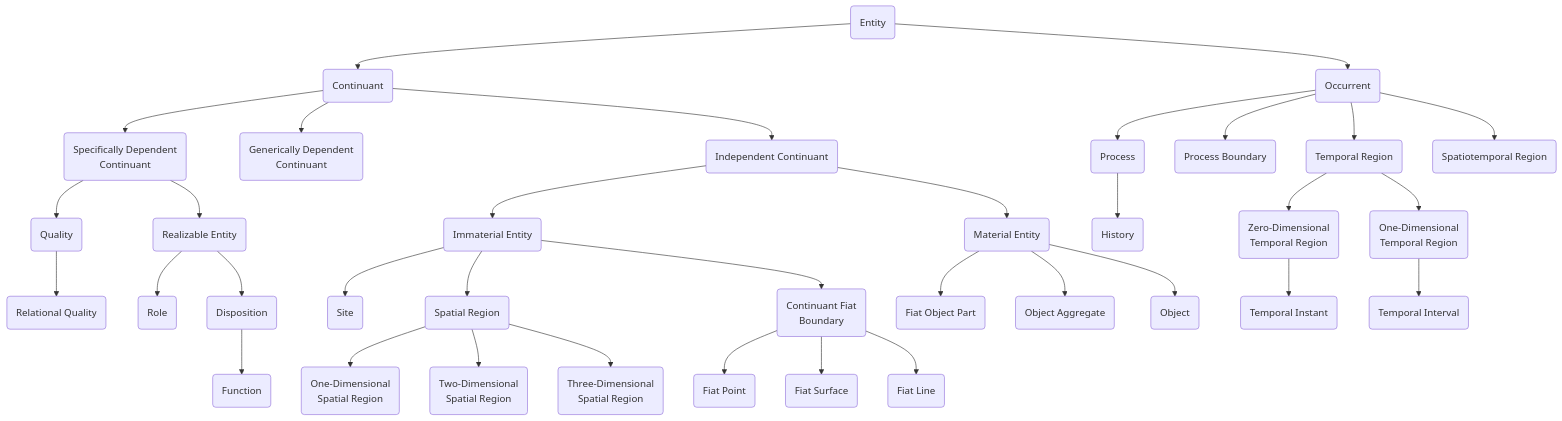
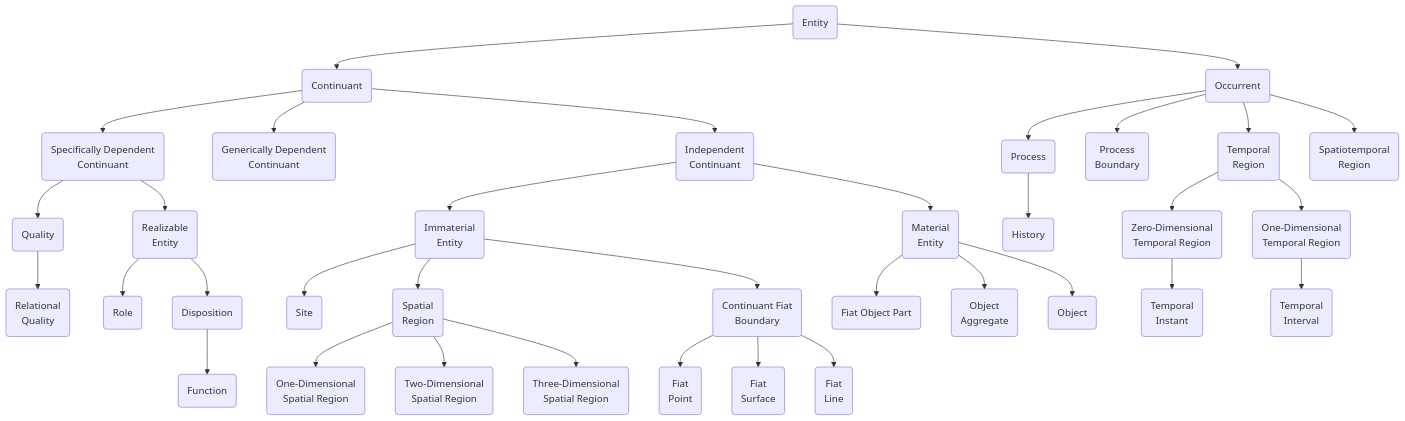
Before and after one commit to Time-Profile-Project/BFO.github.io: the diagram in README.md, drawn with Mermaid. The commit also changed other lines of this file, not shown here.

````diff
--- a/README.md
+++ b/README.md
@@ -3,37 +3,37 @@
 ```mermaid
 graph TD
     A(Entity) --> B(Continuant)
     A(Entity) --> C(Occurrent)
     B(Continuant) --> D(Specifically Dependent<br> Continuant)
     B(Continuant) --> E(Generically Dependent<br> Continuant)
-    B(Continuant) --> F(Independent Continuant)
-    F(Independent Continuant) --> G(Material Entity)
-    F(Independent Continuant) --> H(Immaterial Entity)
+    B(Continuant) --> F(Independent<br> Continuant)
+    F(Independent<br> Continuant) --> G(Material Entity)
+    F(Independent<br> Continuant) --> H(Immaterial<br> Entity)
     D(Specifically Dependent<br> Continuant) --> I(Quality)
-    D(Specifically Dependent<br> Continuant) --> J(Realizable Entity)
-    I(Quality) --> K(Relational Quality)
-    J(Realizable Entity) --> L(Role)
-    J(Realizable Entity) --> M(Disposition)
+    D(Specifically Dependent<br> Continuant) --> J(Realizable<br> Entity)
+    I(Quality) --> K(Relational<br> Quality)
+    J(Realizable<br> Entity) --> L(Role)
+    J(Realizable<br> Entity) --> M(Disposition)
     M(Disposition) --> N(Function)
-    H(Immaterial Entity) --> O(Site)
-    H(Immaterial Entity) --> P(Spatial Region)
-    H(Immaterial Entity) --> Q(Continuant Fiat Boundary)
-    Q(Continuant Fiat<br> Boundary) --> R(Fiat Point)
-    Q(Continuant Fiat<br> Boundary) --> S(Fiat Surface)
-    Q(Continuant Fiat<br> Boundary) --> T(Fiat Line)
-    P(Spatial Region) --> U(One-Dimensional<br> Spatial Region)
-    P(Spatial Region) --> V(Two-Dimensional<br> Spatial Region)
-    P(Spatial Region) --> W(Three-Dimensional<br> Spatial Region)
-    G(Material Entity) --> X(Fiat Object Part)
-    G(Material Entity) --> Y(Object Aggregate)
-    G(Material Entity) --> Z(Object)
+    H(Immaterial<br> Entity) --> O(Site)
+    H(Immaterial<br> Entity) --> P(Spatial<br> Region)
+    H(Immaterial<br> Entity) --> Q(Continuant Fiat<br> Boundary)
+    Q(Continuant Fiat<br> Boundary) --> R(Fiat<br> Point)
+    Q(Continuant Fiat<br> Boundary) --> S(Fiat<br> Surface)
+    Q(Continuant Fiat<br> Boundary) --> T(Fiat<br> Line)
+    P(Spatial<br> Region) --> U(One-Dimensional<br> Spatial Region)
+    P(Spatial<br> Region) --> V(Two-Dimensional<br> Spatial Region)
+    P(Spatial<br> Region) --> W(Three-Dimensional<br> Spatial Region)
+    G(Material<br> Entity) --> X(Fiat Object Part)
+    G(Material<br> Entity) --> Y(Object<br> Aggregate)
+    G(Material<br> Entity) --> Z(Object)
     C(Occurrent) --> AA(Process)
-    C(Occurrent) --> AB(Process Boundary)
-    C(Occurrent) --> AC(Temporal Region)
-    C(Occurrent) --> AD(Spatiotemporal Region)
+    C(Occurrent) --> AB(Process<br> Boundary)
+    C(Occurrent) --> AC(Temporal<br> Region)
+    C(Occurrent) --> AD(Spatiotemporal<br> Region)
     AA(Process) --> AE(History)
-    AC(Temporal Region) --> AF(Zero-Dimensional<br> Temporal Region)
-    AC(Temporal Region) --> AI(One-Dimensional<br> Temporal Region)
-    AF(Zero-Dimensional<br> Temporal Region) --> AG(Temporal Instant)
-    AI(One-Dimensional<br> Temporal Region) --> AH(Temporal Interval)
+    AC(Temporal<br> Region) --> AF(Zero-Dimensional<br> Temporal Region)
+    AC(Temporal<br> Region) --> AI(One-Dimensional<br> Temporal Region)
+    AF(Zero-Dimensional<br> Temporal Region) --> AG(Temporal<br> Instant)
+    AI(One-Dimensional<br> Temporal Region) --> AH(Temporal<br> Interval)
    ```
````
